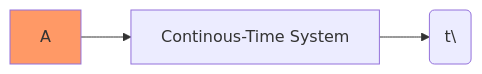
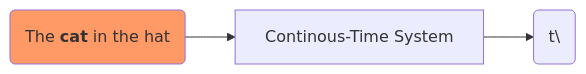
The diagram in signal-processing/kutz/README.md (setrar/dsp), drawn with Mermaid before and after one commit.

````diff
--- a/signal-processing/kutz/README.md
+++ b/signal-processing/kutz/README.md
@@ -50,7 +50,7 @@
 ```mermaid
 %%{init: {"flowchart": {"htmlLabels": false}} }%%
 flowchart LR
-    A:::someclass -->B[Continous-Time System]
+    A("`The **cat** in the hat`"):::someclass -->B[Continous-Time System]
     B-->y\(t\)
     classDef someclass fill:#f96
 ```
````
